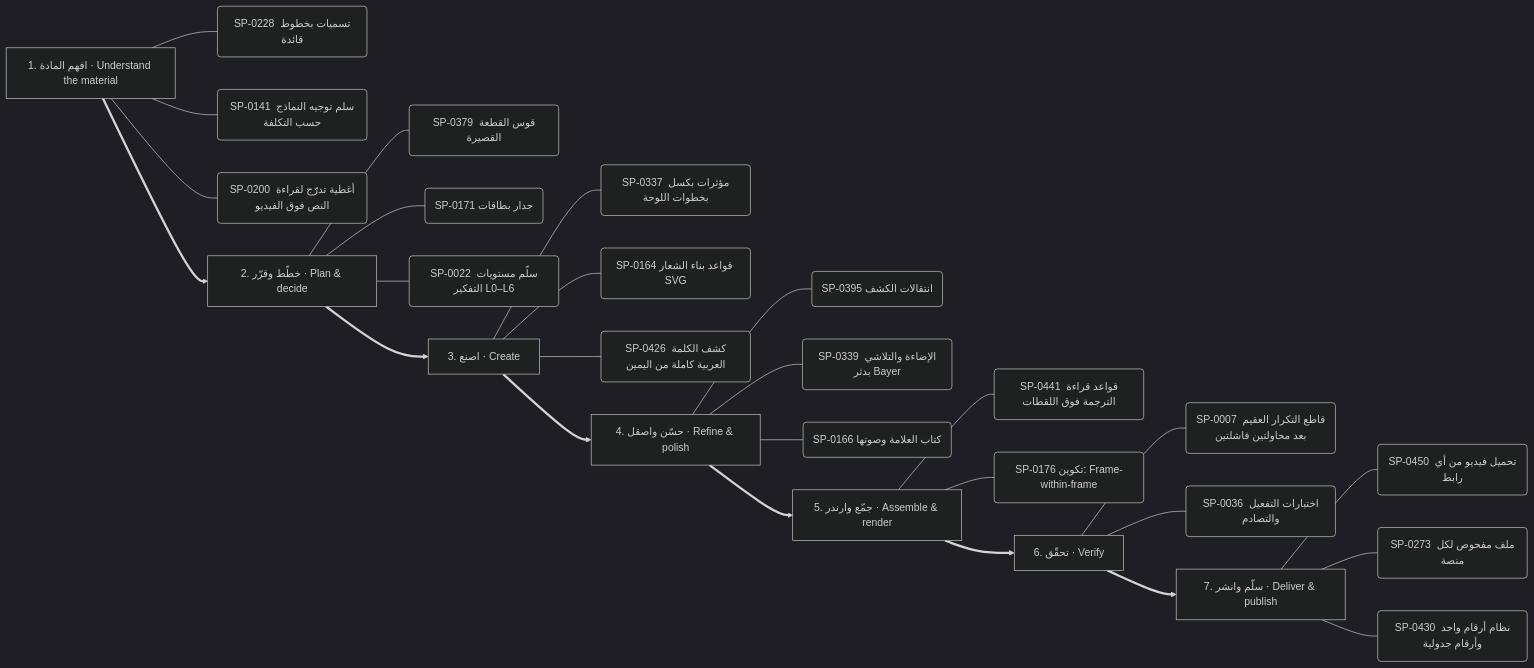
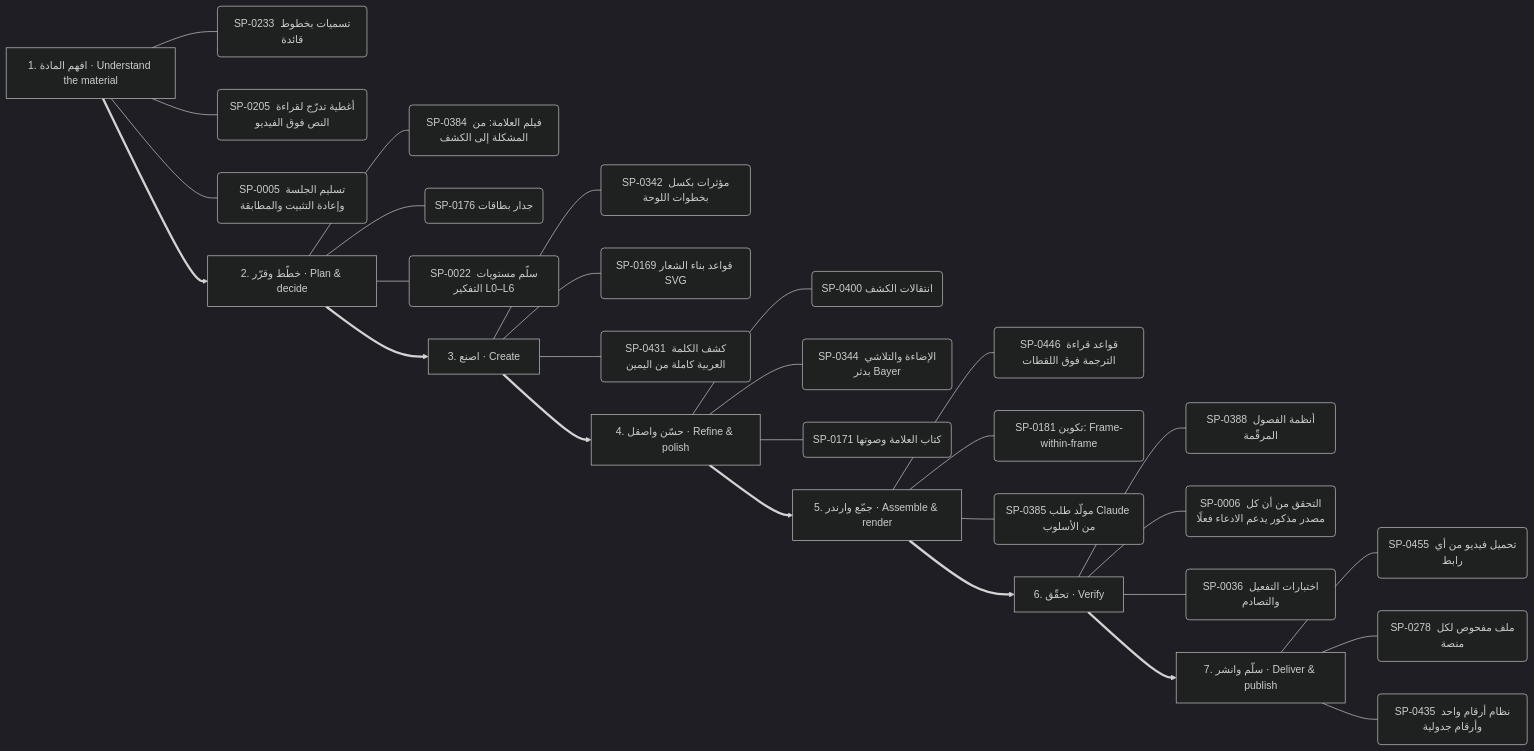
One commit to kosif199022-jpg/kosif-tool changed the sixth of 13 diagrams in .claude/skills/kosif-superpowers/references/capability-mindmap.md. Above: the diagram before and after it, drawn with Mermaid (dark theme). The commit also changed other lines of this file and 376 other files, not shown here.

````diff
--- a/.claude/skills/kosif-superpowers/references/capability-mindmap.md
+++ b/.claude/skills/kosif-superpowers/references/capability-mindmap.md
@@ -313,35 +315,37 @@
 ```mermaid
 flowchart LR
   S0["1. افهم المادة · Understand the material"]
-  S0 --- S0_0("SP-0228 تسميات بخطوط قائدة")
-  S0 --- S0_1("SP-0141 سلم توجيه النماذج حسب التكلفة")
-  S0 --- S0_2("SP-0200 أغطية تدرّج لقراءة النص فوق الفيديو")
+  S0 --- S0_0("SP-0233 تسميات بخطوط قائدة")
+  S0 --- S0_1("SP-0205 أغطية تدرّج لقراءة النص فوق الفيديو")
+  S0 --- S0_2("SP-0005 تسليم الجلسة وإعادة التثبيت والمطابقة")
   S1["2. خطّط وقرّر · Plan & decide"]
-  S1 --- S1_0("SP-0379 قوس القطعة القصيرة")
-  S1 --- S1_1("SP-0171 جدار بطاقات")
+  S1 --- S1_0("SP-0384 فيلم العلامة: من المشكلة إلى الكشف")
+  S1 --- S1_1("SP-0176 جدار بطاقات")
   S1 --- S1_2("SP-0022 سلّم مستويات التفكير L0–L6")
   S0 ==> S1
   S2["3. اصنع · Create"]
-  S2 --- S2_0("SP-0337 مؤثرات بكسل بخطوات اللوحة")
-  S2 --- S2_1("SP-0164 قواعد بناء الشعار SVG")
-  S2 --- S2_2("SP-0426 كشف الكلمة العربية كاملة من اليمين")
+  S2 --- S2_0("SP-0342 مؤثرات بكسل بخطوات اللوحة")
+  S2 --- S2_1("SP-0169 قواعد بناء الشعار SVG")
+  S2 --- S2_2("SP-0431 كشف الكلمة العربية كاملة من اليمين")
   S1 ==> S2
   S3["4. حسّن واصقل · Refine & polish"]
-  S3 --- S3_0("SP-0395 انتقالات الكشف")
-  S3 --- S3_1("SP-0339 الإضاءة والتلاشي بدثر Bayer")
-  S3 --- S3_2("SP-0166 كتاب العلامة وصوتها")
+  S3 --- S3_0("SP-0400 انتقالات الكشف")
+  S3 --- S3_1("SP-0344 الإضاءة والتلاشي بدثر Bayer")
+  S3 --- S3_2("SP-0171 كتاب العلامة وصوتها")
   S2 ==> S3
   S4["5. جمّع وارندر · Assemble & render"]
-  S4 --- S4_0("SP-0441 قواعد قراءة الترجمة فوق اللقطات")
-  S4 --- S4_1("SP-0176 تكوين: Frame-within-frame")
+  S4 --- S4_0("SP-0446 قواعد قراءة الترجمة فوق اللقطات")
+  S4 --- S4_1("SP-0181 تكوين: Frame-within-frame")
+  S4 --- S4_2("SP-0385 مولّد طلب Claude من الأسلوب")
   S3 ==> S4
   S5["6. تحقّق · Verify"]
-  S5 --- S5_0("SP-0007 قاطع التكرار العقيم بعد محاولتين فاشلتين")
-  S5 --- S5_1("SP-0036 اختبارات التفعيل والتصادم")
+  S5 --- S5_0("SP-0388 أنظمة الفصول المرقّمة")
+  S5 --- S5_1("SP-0006 التحقق من أن كل مصدر مذكور يدعم الادعاء فعلًا")
+  S5 --- S5_2("SP-0036 اختبارات التفعيل والتصادم")
   S4 ==> S5
   S6["7. سلّم وانشر · Deliver & publish"]
-  S6 --- S6_0("SP-0450 تحميل فيديو من أي رابط")
-  S6 --- S6_1("SP-0273 ملف مفحوص لكل منصة")
-  S6 --- S6_2("SP-0430 نظام أرقام واحد وأرقام جدولية")
+  S6 --- S6_0("SP-0455 تحميل فيديو من أي رابط")
+  S6 --- S6_1("SP-0278 ملف مفحوص لكل منصة")
+  S6 --- S6_2("SP-0435 نظام أرقام واحد وأرقام جدولية")
   S5 ==> S6
 ```
````
